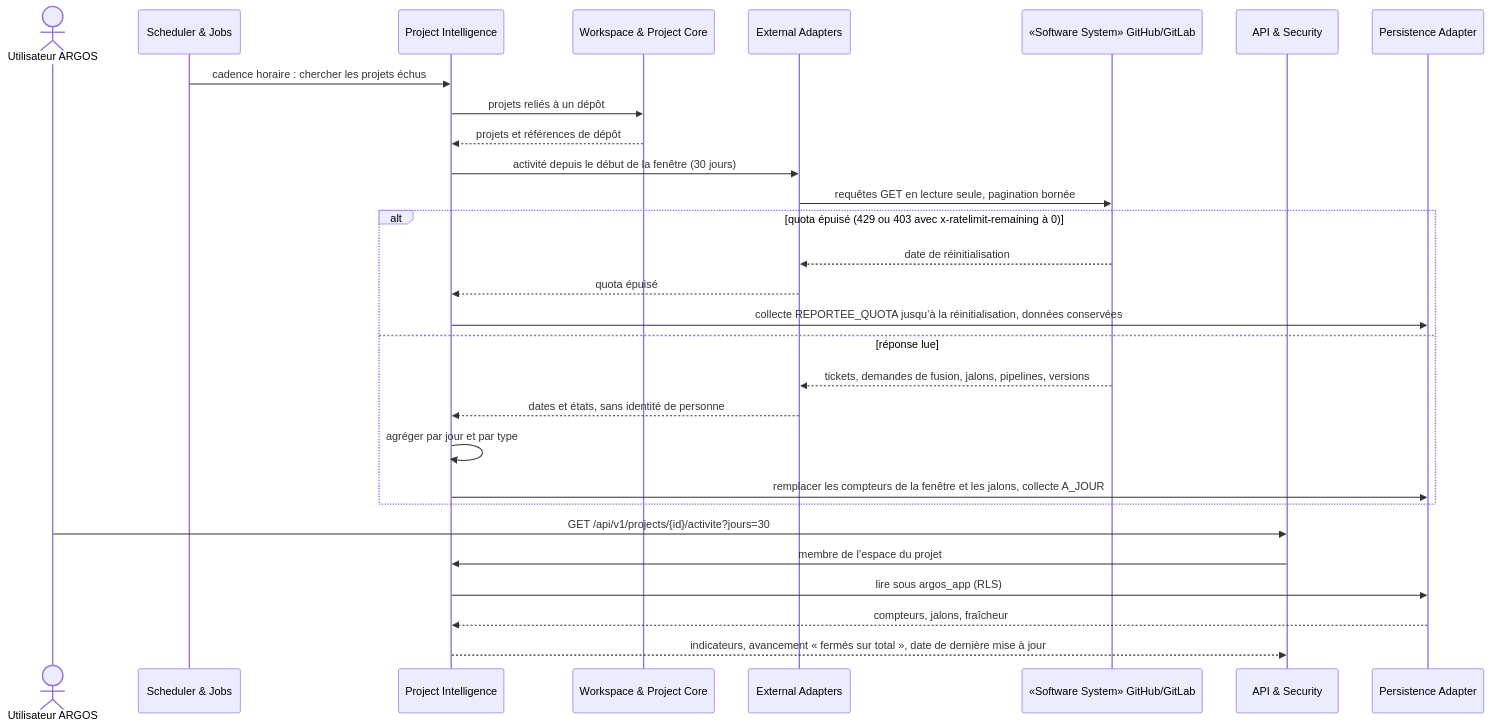
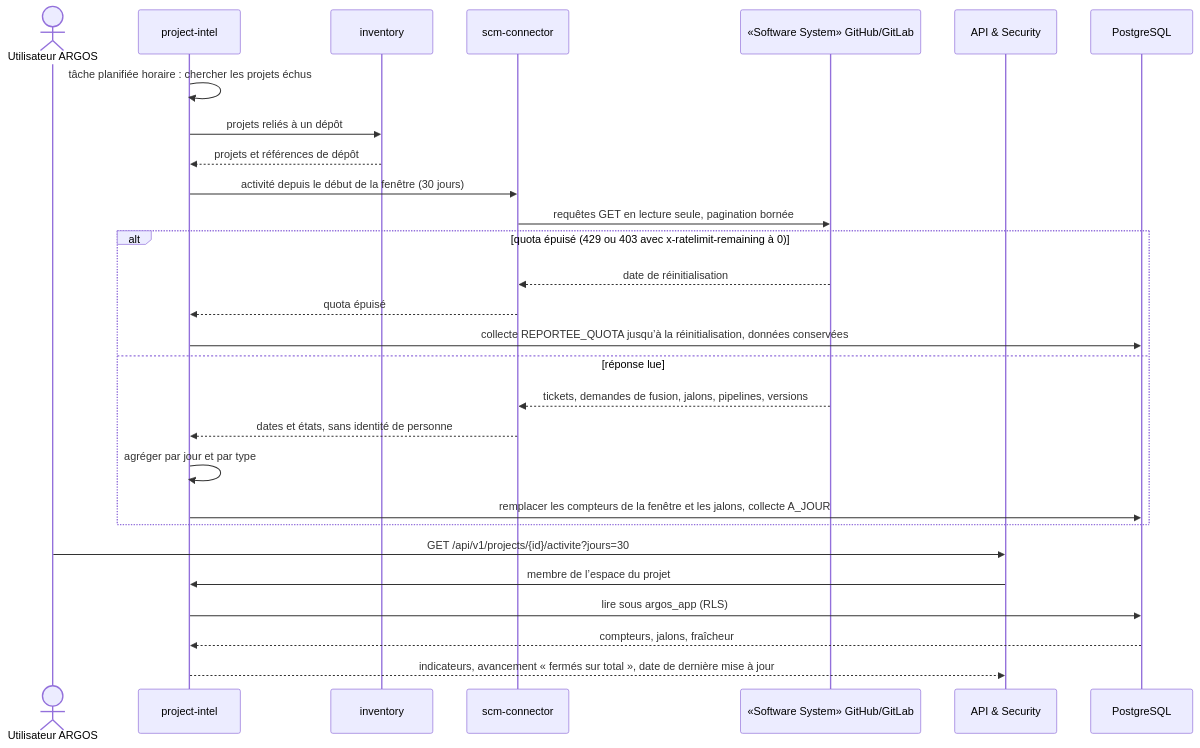
The fourth of 7 diagrams in docs/architecture/arc42/06-vue-execution.md (FTurleque/argos-tech-platform), drawn with Mermaid before and after one commit. The commit also changed other lines of this file and 11 other files, not shown here.

````diff
--- a/docs/architecture/arc42/06-vue-execution.md
+++ b/docs/architecture/arc42/06-vue-execution.md
@@ -141,32 +123,31 @@
 ```mermaid
 sequenceDiagram
     actor User as Utilisateur ARGOS
-    participant Sched as Scheduler & Jobs
-    participant Proj as Project Intelligence
-    participant Core as Workspace & Project Core
-    participant Ext as External Adapters
+    participant Proj as project-intel
+    participant Core as inventory
+    participant Ext as scm-connector
     participant Forge as «Software System» GitHub/GitLab
     participant API as API & Security
-    participant Persist as Persistence Adapter
+    participant Persist as PostgreSQL
 
-    Sched->>Proj: cadence horaire : chercher les projets échus
+    Proj->>Proj: tâche planifiée horaire : chercher les projets échus
     Proj->>Core: projets reliés à un dépôt
     Core-->>Proj: projets et références de dépôt
     Proj->>Ext: activité depuis le début de la fenêtre (30 jours)
     Ext->>Forge: requêtes GET en lecture seule, pagination bornée
     alt quota épuisé (429 ou 403 avec x-ratelimit-remaining à 0)
         Forge-->>Ext: date de réinitialisation
         Ext-->>Proj: quota épuisé
         Proj->>Persist: collecte REPORTEE_QUOTA jusqu’à la réinitialisation, données conservées
     else réponse lue
         Forge-->>Ext: tickets, demandes de fusion, jalons, pipelines, versions
         Ext-->>Proj: dates et états, sans identité de personne
         Proj->>Proj: agréger par jour et par type
         Proj->>Persist: remplacer les compteurs de la fenêtre et les jalons, collecte A_JOUR
     end
     User->>API: GET /api/v1/projects/{id}/activite?jours=30
     API->>Proj: membre de l’espace du projet
     Proj->>Persist: lire sous argos_app (RLS)
     Persist-->>Proj: compteurs, jalons, fraîcheur
     Proj-->>API: indicateurs, avancement « fermés sur total », date de dernière mise à jour
 ```
````
